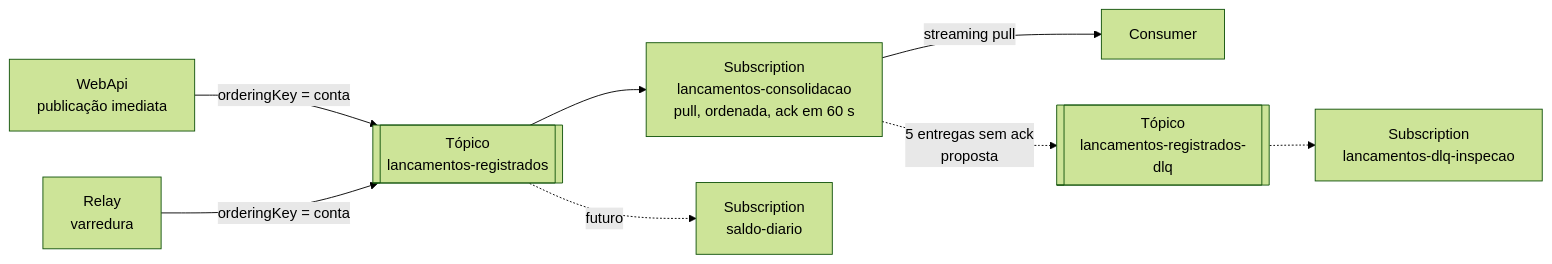
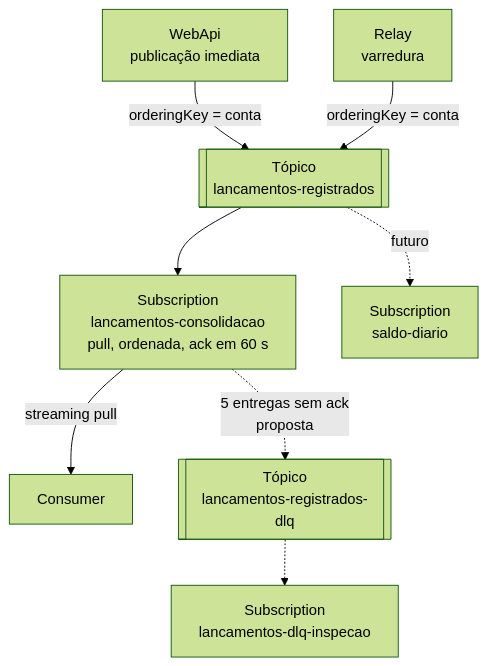
Before and after one commit to michellerodrigues/lancamentos-diarios-poc: the third of 3 diagrams in docs/arquitetura/solucao/04-integracao-e-contratos.md, drawn with Mermaid (forest theme). The commit also changed other lines of this file and 45 other files, not shown here.

````diff
--- a/docs/arquitetura/solucao/04-integracao-e-contratos.md
+++ b/docs/arquitetura/solucao/04-integracao-e-contratos.md
@@ -91,10 +115,19 @@
 ```mermaid
-flowchart LR
-    webapi["WebApi<br/>publicação imediata"] -->|"orderingKey = conta"| topico[["Tópico<br/>lancamentos-registrados"]]
-    relay["Relay<br/>varredura"] -->|"orderingKey = conta"| topico
-    topico --> sub["Subscription<br/>lancamentos-consolidacao<br/>pull, ordenada, ack em 60 s"]
-    sub -->|"streaming pull"| consumer["Consumer"]
-    sub -.->|"5 entregas sem ack<br/>proposta"| dlq[["Tópico<br/>lancamentos-registrados-dlq"]]
-    dlq -.-> insp["Subscription<br/>lancamentos-dlq-inspecao"]
-    topico -.->|"futuro"| sub2["Subscription<br/>saldo-diario"]
+flowchart TB
+    webapi["WebApi<br/>publicação imediata"]
+    relay["Relay<br/>varredura"]
+    topico[["Tópico<br/>lancamentos-registrados"]]
+    sub["Subscription<br/>lancamentos-consolidacao<br/>pull, ordenada, ack em 60 s"]
+    consumer["Consumer"]
+    dlq[["Tópico<br/>lancamentos-registrados-dlq"]]
+    insp["Subscription<br/>lancamentos-dlq-inspecao"]
+    sub2["Subscription<br/>saldo-diario"]
+
+    webapi -->|"orderingKey = conta"| topico
+    relay -->|"orderingKey = conta"| topico
+    topico --> sub
+    sub -->|"streaming pull"| consumer
+    sub -.->|"5 entregas sem ack<br/>proposta"| dlq
+    dlq -.-> insp
+    topico -.->|"futuro"| sub2
 ```
````
